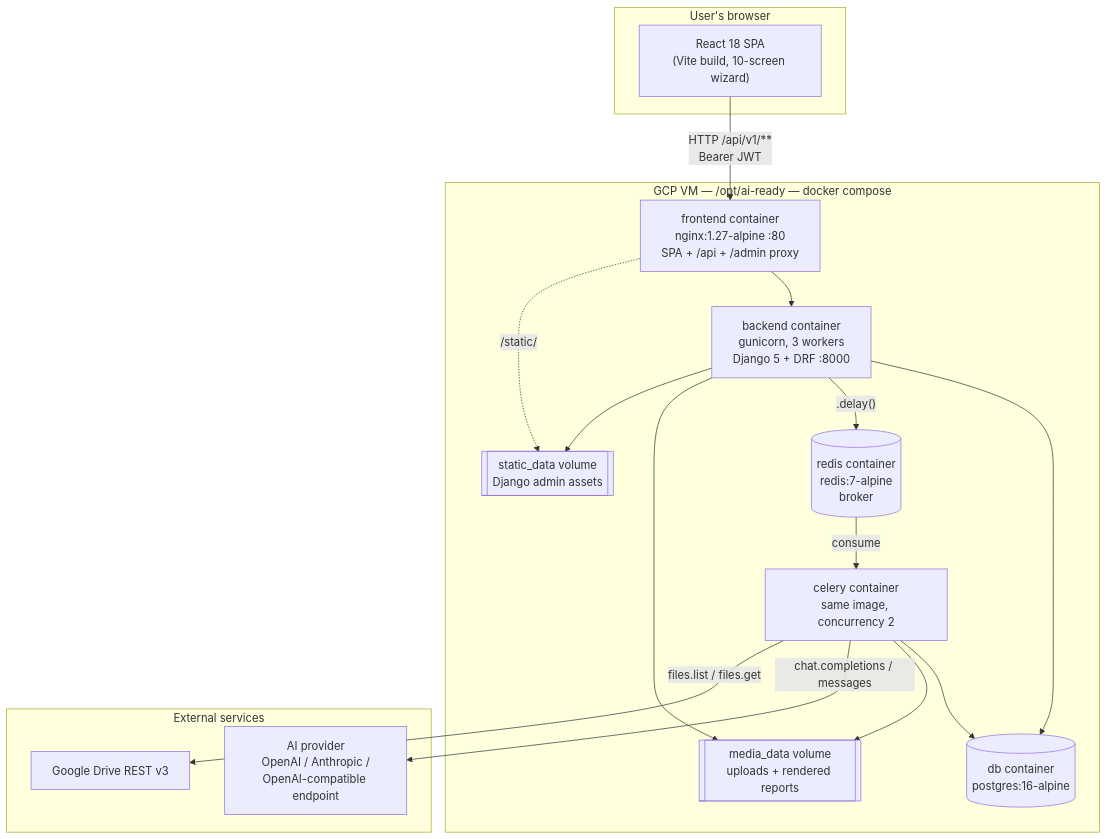
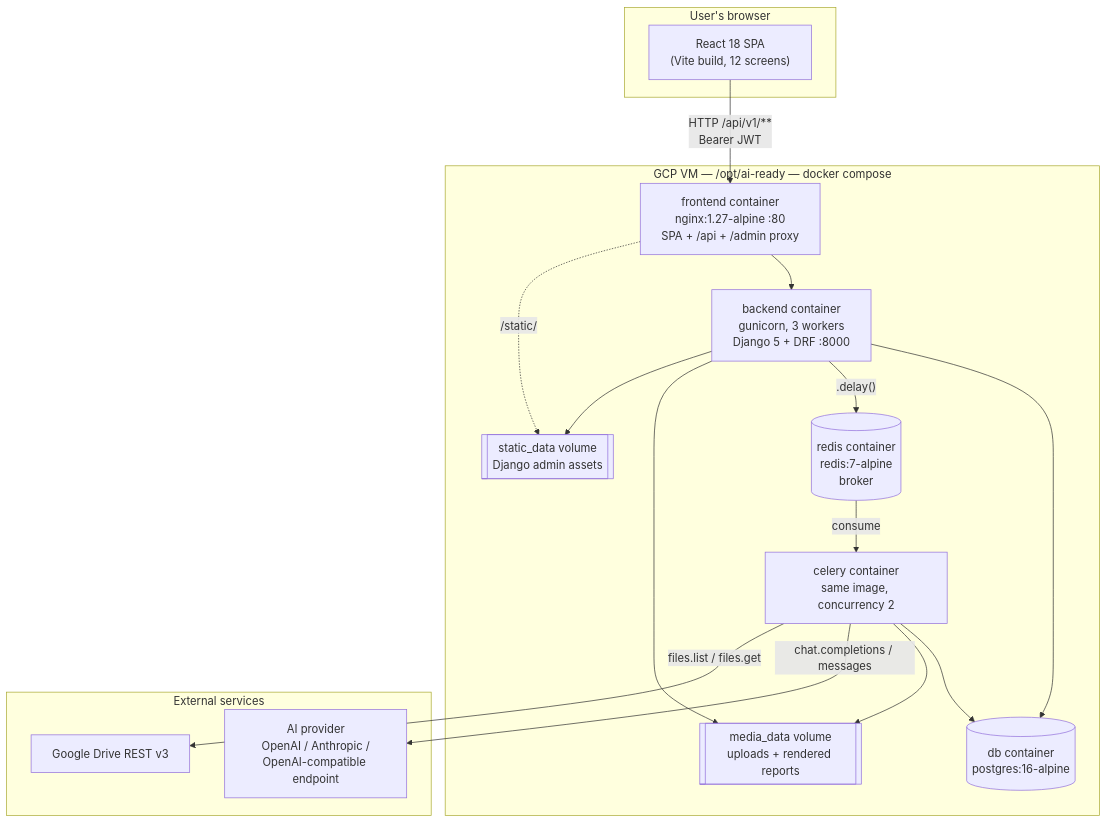
Before and after one commit to jagadesh-alpha8/AI-READY: the first of 18 diagrams in PROJECT_WORKFLOW_AND_TECHNICAL_REPORT.md, drawn with Mermaid. The commit also changed other lines of this file and 4 other files, not shown here.

````diff
--- a/PROJECT_WORKFLOW_AND_TECHNICAL_REPORT.md
+++ b/PROJECT_WORKFLOW_AND_TECHNICAL_REPORT.md
@@ -173,34 +190,34 @@
 ```mermaid
 graph TB
     subgraph Browser["User's browser"]
-        SPA["React 18 SPA<br/>(Vite build, 10-screen wizard)"]
+        SPA["React 18 SPA<br/>(Vite build, 12 screens)"]
     end
 
     subgraph VM["GCP VM — /opt/ai-ready — docker compose"]
         NGX["frontend container<br/>nginx:1.27-alpine :80<br/>SPA + /api + /admin proxy"]
         API["backend container<br/>gunicorn, 3 workers<br/>Django 5 + DRF :8000"]
         CEL["celery container<br/>same image, concurrency 2"]
         PG[("db container<br/>postgres:16-alpine")]
         RDS[("redis container<br/>redis:7-alpine<br/>broker")]
         MEDIA[["media_data volume<br/>uploads + rendered reports"]]
         STATIC[["static_data volume<br/>Django admin assets"]]
     end
 
     subgraph Ext["External services"]
         AI["AI provider<br/>OpenAI / Anthropic /<br/>OpenAI-compatible endpoint"]
         GD["Google Drive REST v3"]
     end
 
     SPA -->|"HTTP /api/v1/**<br/>Bearer JWT"| NGX
     NGX --> API
     API --> PG
     API -->|".delay()"| RDS
     RDS -->|"consume"| CEL
     CEL --> PG
     CEL --> MEDIA
     CEL -->|"chat.completions / messages"| AI
     CEL -->|"files.list / files.get"| GD
     API --> MEDIA
     API --> STATIC
     NGX -.->|"/static/"| STATIC
 ```
````
